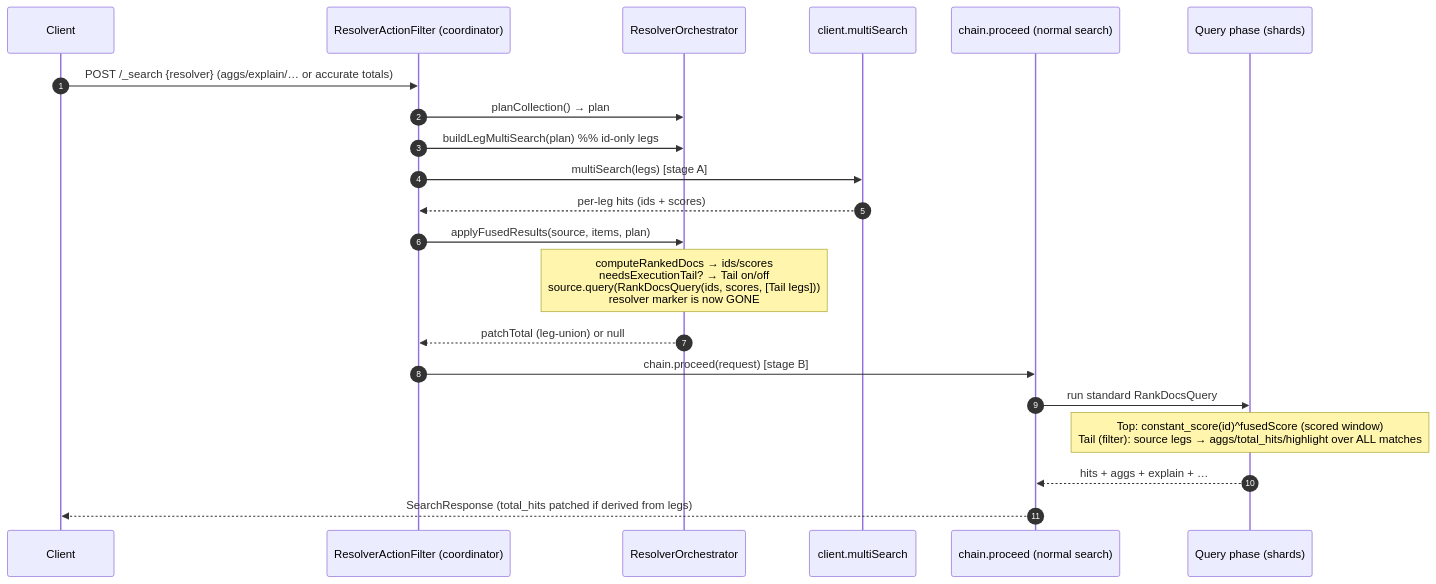
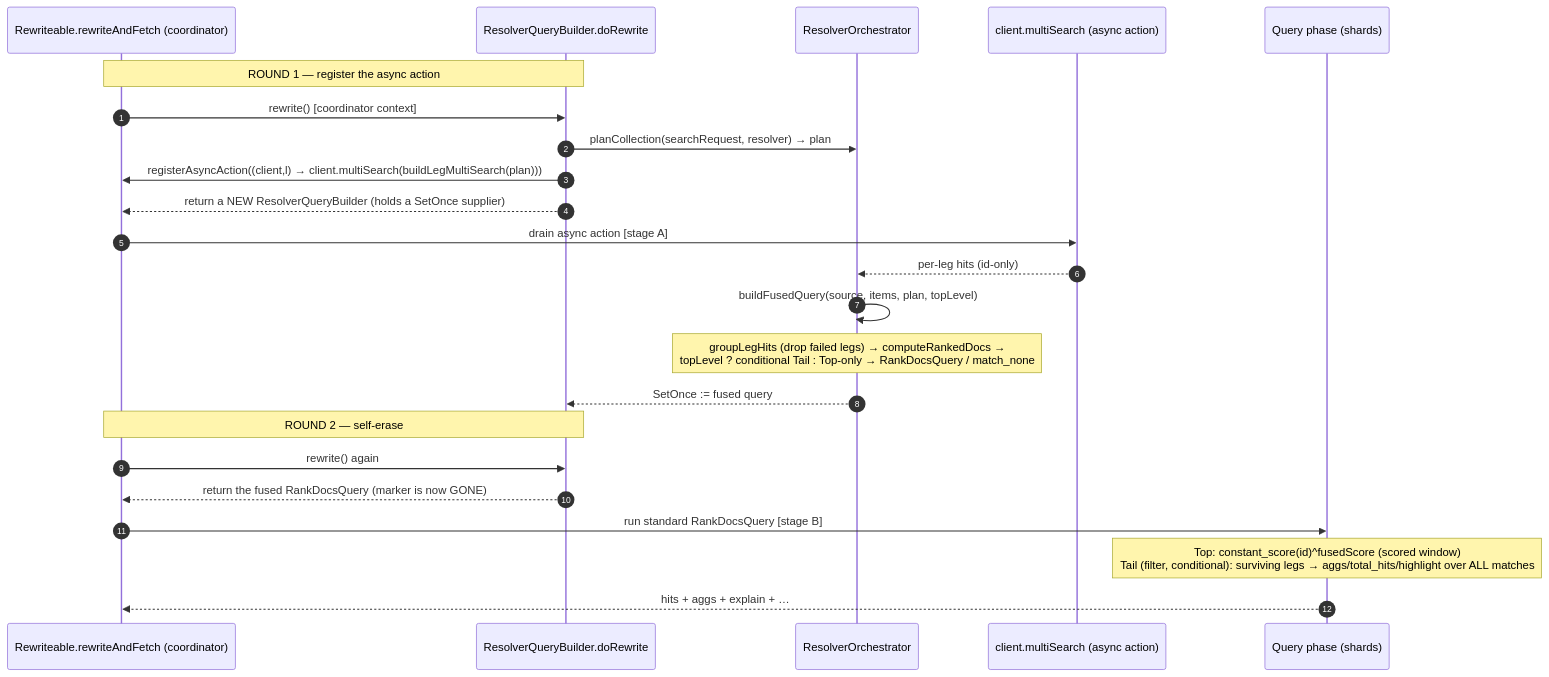
One commit to martin-gaievski/neural-search changed the fourth of 7 diagrams in RESOLVER_POC_DIAGRAMS.md. Above: the diagram before and after it, drawn with Mermaid. The commit also changed other lines of this file and 1 other file, not shown here.

First line of the commit message:
docs(resolver): update POC README + diagrams to v2 architecture

````diff
--- a/RESOLVER_POC_DIAGRAMS.md
+++ b/RESOLVER_POC_DIAGRAMS.md
@@ -132,24 +127,26 @@
 ```mermaid
 sequenceDiagram
     autonumber
-    participant C as Client
-    participant AF as ResolverActionFilter (coordinator)
+    participant RA as Rewriteable.rewriteAndFetch (coordinator)
+    participant RQB as ResolverQueryBuilder.doRewrite
     participant O as ResolverOrchestrator
-    participant MS as client.multiSearch
-    participant CH as chain.proceed (normal search)
+    participant MS as client.multiSearch (async action)
     participant QP as Query phase (shards)
 
-    C->>AF: POST /_search {resolver}  (aggs/explain/… or accurate totals)
-    AF->>O: planCollection() → plan
-    AF->>O: buildLegMultiSearch(plan)   %% id-only legs
-    AF->>MS: multiSearch(legs)  [stage A]
-    MS-->>AF: per-leg hits (ids + scores)
-    AF->>O: applyFusedResults(source, items, plan)
-    Note over O: computeRankedDocs → ids/scores<br/>needsExecutionTail? → Tail on/off<br/>source.query(RankDocsQuery(ids, scores, [Tail legs]))<br/>resolver marker is now GONE
-    O-->>AF: patchTotal (leg-union) or null
-    AF->>CH: chain.proceed(request)  [stage B]
-    CH->>QP: run standard RankDocsQuery
-    Note over QP: Top: constant_score(id)^fusedScore (scored window)<br/>Tail (filter): source legs → aggs/total_hits/highlight over ALL matches
-    QP-->>CH: hits + aggs + explain + …
-    CH-->>C: SearchResponse (total_hits patched if derived from legs)
+    Note over RA,RQB: ROUND 1 — register the async action
+    RA->>RQB: rewrite() [coordinator context]
+    RQB->>O: planCollection(searchRequest, resolver) → plan
+    RQB->>RA: registerAsyncAction((client,l) → client.multiSearch(buildLegMultiSearch(plan)))
+    RQB-->>RA: return a NEW ResolverQueryBuilder (holds a SetOnce supplier)
+    RA->>MS: drain async action  [stage A]
+    MS-->>O: per-leg hits (id-only)
+    O->>O: buildFusedQuery(source, items, plan, topLevel)
+    Note over O: groupLegHits (drop failed legs) → computeRankedDocs →<br/>topLevel ? conditional Tail : Top-only → RankDocsQuery / match_none
+    O-->>RQB: SetOnce := fused query
+    Note over RA,RQB: ROUND 2 — self-erase
+    RA->>RQB: rewrite() again
+    RQB-->>RA: return the fused RankDocsQuery (marker is now GONE)
+    RA->>QP: run standard RankDocsQuery  [stage B]
+    Note over QP: Top: constant_score(id)^fusedScore (scored window)<br/>Tail (filter, conditional): surviving legs → aggs/total_hits/highlight over ALL matches
+    QP-->>RA: hits + aggs + explain + …
 ```
````
